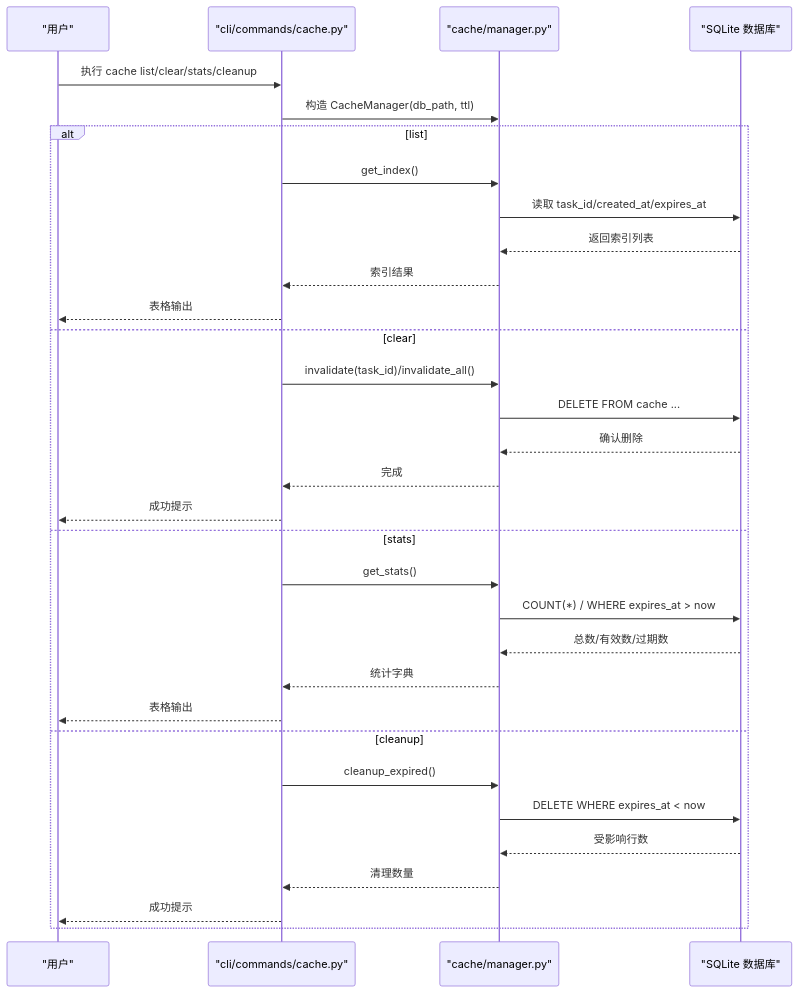
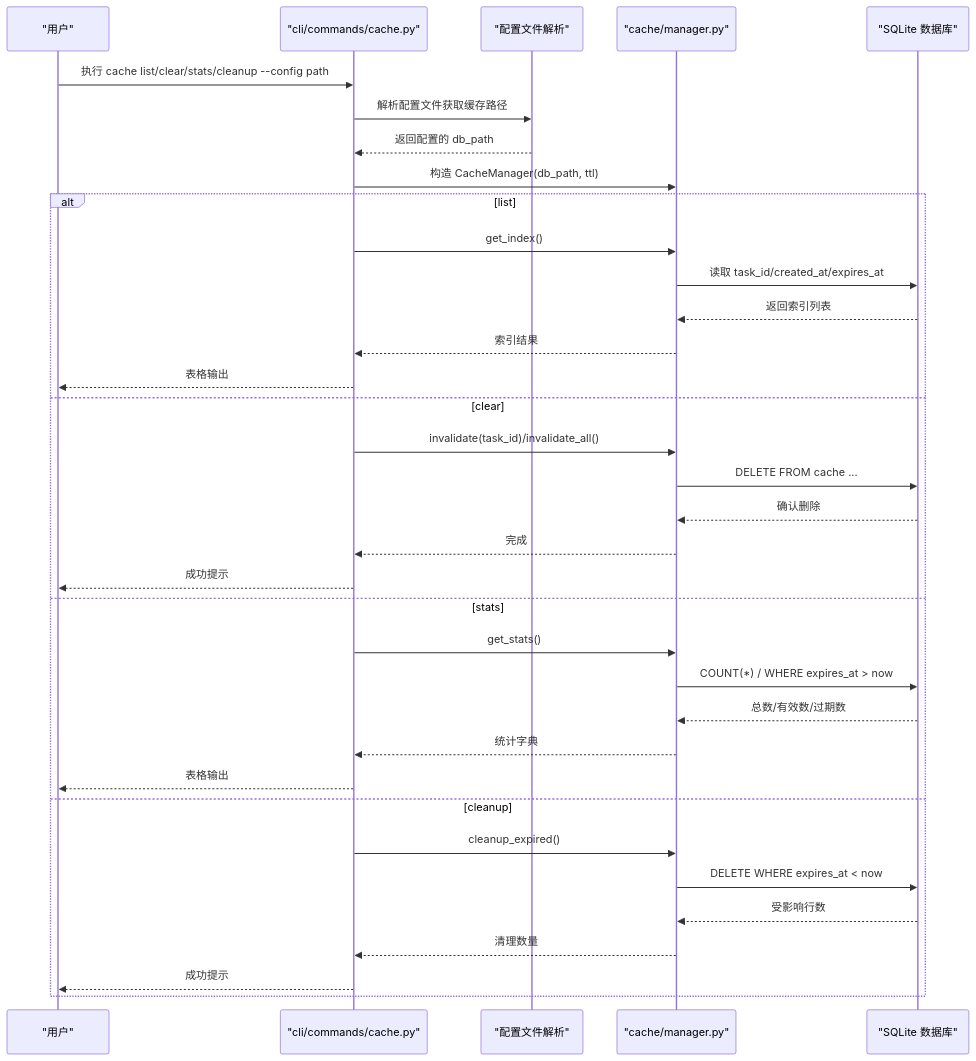
The second of 4 diagrams in .qoder/repowiki/zh/content/命令行工具/缓存管理命令.md (boyingliu01/fault-review-analyzer), drawn with Mermaid before and after one commit. The commit also changed other lines of this file and 30 other files, not shown here.

````diff
--- a/.qoder/repowiki/zh/content/命令行工具/缓存管理命令.md
+++ b/.qoder/repowiki/zh/content/命令行工具/缓存管理命令.md
@@ -89,34 +101,37 @@
 ```mermaid
 sequenceDiagram
 participant U as "用户"
 participant CLI as "cli/commands/cache.py"
+participant CFG as "配置文件解析"
 participant CM as "cache/manager.py"
 participant DB as "SQLite 数据库"
-U->>CLI : 执行 cache list/clear/stats/cleanup
+U->>CLI : 执行 cache list/clear/stats/cleanup --config path
+CLI->>CFG : 解析配置文件获取缓存路径
+CFG-->>CLI : 返回配置的 db_path
 CLI->>CM : 构造 CacheManager(db_path, ttl)
 alt list
 CLI->>CM : get_index()
 CM->>DB : 读取 task_id/created_at/expires_at
 DB-->>CM : 返回索引列表
 CM-->>CLI : 索引结果
 CLI-->>U : 表格输出
 else clear
 CLI->>CM : invalidate(task_id)/invalidate_all()
 CM->>DB : DELETE FROM cache ...
 DB-->>CM : 确认删除
 CM-->>CLI : 完成
 CLI-->>U : 成功提示
 else stats
 CLI->>CM : get_stats()
 CM->>DB : COUNT(*) / WHERE expires_at > now
 DB-->>CM : 总数/有效数/过期数
 CM-->>CLI : 统计字典
 CLI-->>U : 表格输出
 else cleanup
 CLI->>CM : cleanup_expired()
 CM->>DB : DELETE WHERE expires_at < now
 DB-->>CM : 受影响行数
 CM-->>CLI : 清理数量
 CLI-->>U : 成功提示
 end
 ```
````
